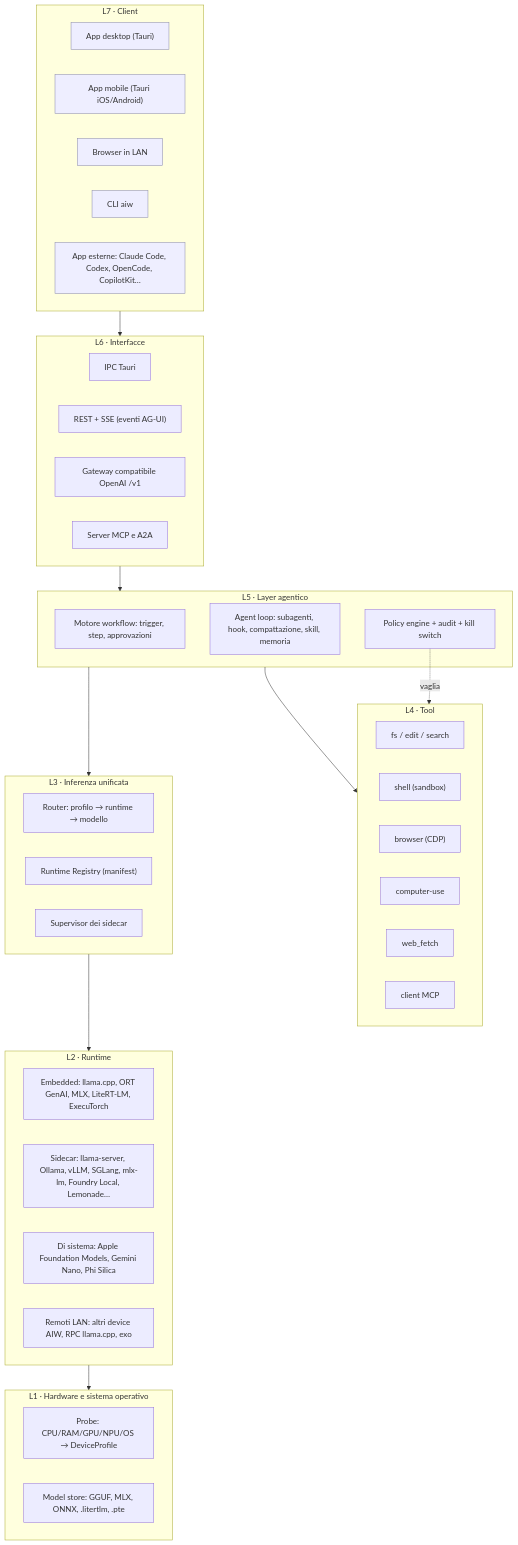
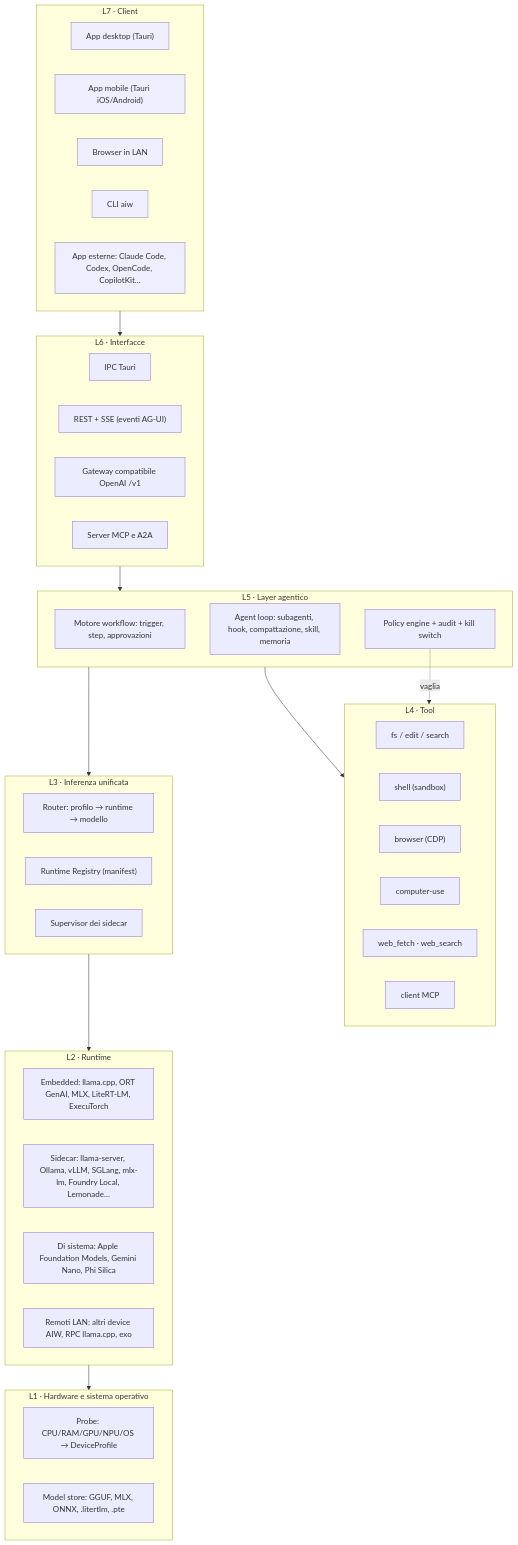
One commit to davides93/ai-workspace-local changed the first of 3 diagrams in docs/architecture/ARCHITECTURE.md. Above: the diagram before and after it, drawn with Mermaid. The commit also changed other lines of this file and 619 other files, not shown here.

````diff
--- a/docs/architecture/ARCHITECTURE.md
+++ b/docs/architecture/ARCHITECTURE.md
@@ -21,48 +21,48 @@
 ```mermaid
 flowchart TB
   subgraph Clients["L7 · Client"]
     UIdesk["App desktop (Tauri)"]:::c
     UImob["App mobile (Tauri iOS/Android)"]:::c
     Web["Browser in LAN"]:::c
     CLI["CLI aiw"]:::c
     Ext["App esterne: Claude Code, Codex, OpenCode, CopilotKit…"]:::c
   end
   subgraph API["L6 · Interfacce"]
     IPC["IPC Tauri"]
     HTTP["REST + SSE (eventi AG-UI)"]
     GW["Gateway compatibile OpenAI /v1"]
     MCPS["Server MCP e A2A"]
   end
   subgraph Agentic["L5 · Layer agentico"]
     WF["Motore workflow: trigger, step, approvazioni"]
     AG["Agent loop: subagenti, hook, compattazione, skill, memoria"]
     POL["Policy engine + audit + kill switch"]
   end
   subgraph Tools["L4 · Tool"]
     FS["fs / edit / search"]
     SH["shell (sandbox)"]
     BR["browser (CDP)"]
     CU["computer-use"]
-    WEB["web_fetch"]
+    WEB["web_fetch · web_search"]
     MCPC["client MCP"]
   end
   subgraph Infer["L3 · Inferenza unificata"]
     ROUTER["Router: profilo → runtime → modello"]
     REG["Runtime Registry (manifest)"]
     SUP["Supervisor dei sidecar"]
   end
   subgraph Runtimes["L2 · Runtime"]
     EMB["Embedded: llama.cpp, ORT GenAI, MLX, LiteRT-LM, ExecuTorch"]
     SIDE["Sidecar: llama-server, Ollama, vLLM, SGLang, mlx-lm, Foundry Local, Lemonade…"]
     SYS["Di sistema: Apple Foundation Models, Gemini Nano, Phi Silica"]
     LAN["Remoti LAN: altri device AIW, RPC llama.cpp, exo"]
   end
   subgraph HW["L1 · Hardware e sistema operativo"]
     PROBE["Probe: CPU/RAM/GPU/NPU/OS → DeviceProfile"]
     MODELS["Model store: GGUF, MLX, ONNX, .litertlm, .pte"]
   end
   Clients --> API --> Agentic --> Tools
   Agentic --> Infer --> Runtimes --> HW
   POL -. vaglia .-> Tools
   classDef c fill:#eef,stroke:#88a
 ```
````
